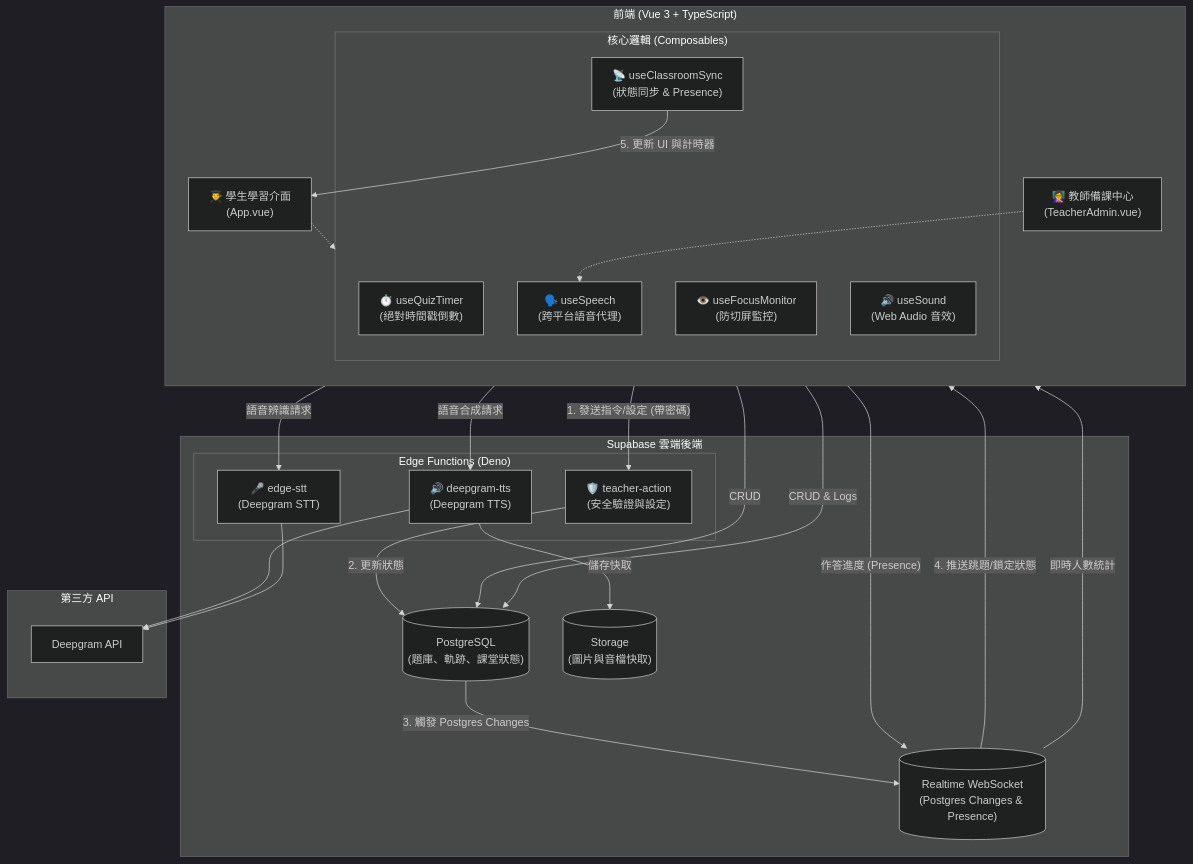
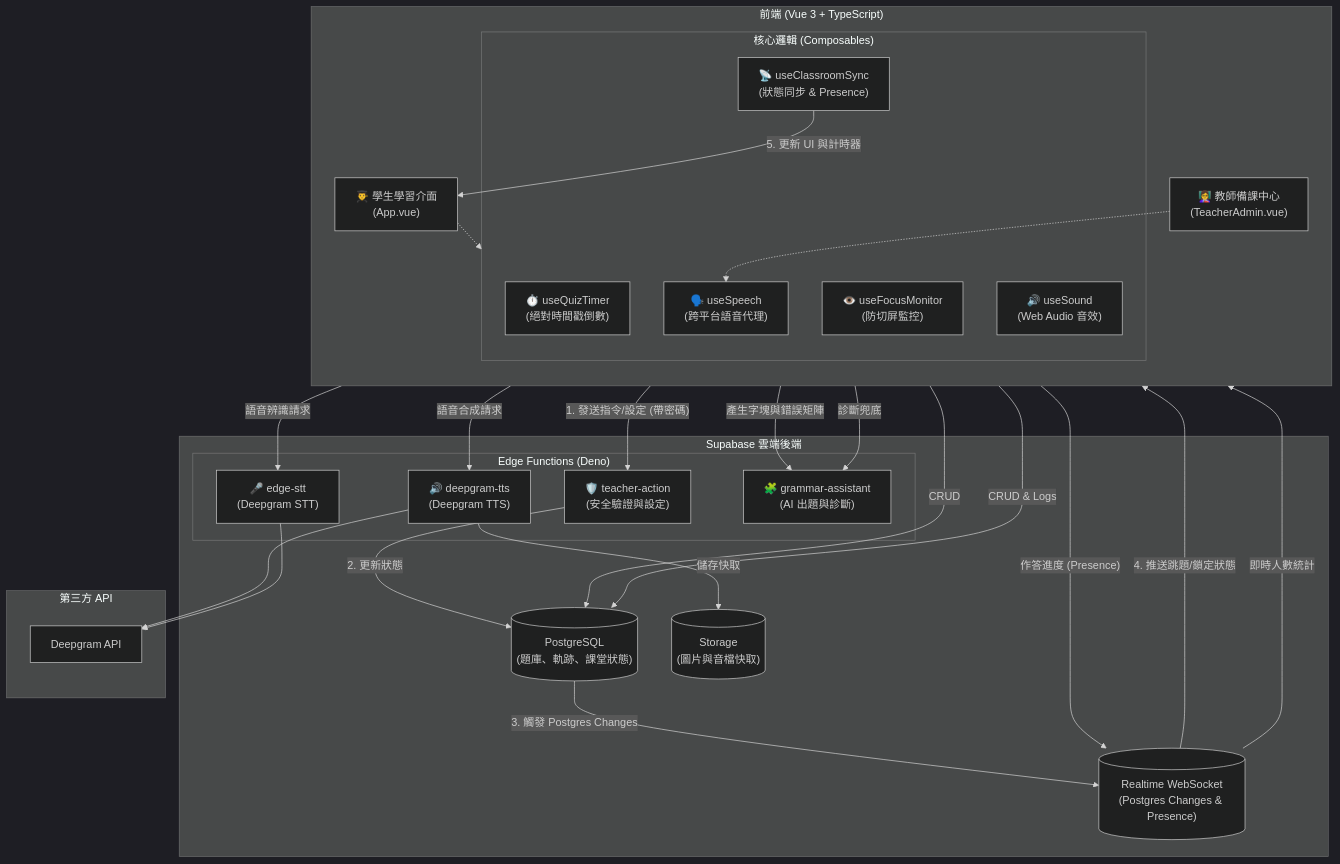
The second of 3 diagrams in README.zh-TW.md (ylin3-learner/SyntaxHunt), drawn with Mermaid (dark theme) before and after one commit. The commit also changed other lines of this file and 1 other file, not shown here.

Commit message:
docs: update grammar engine README descriptions

````diff
--- a/README.zh-TW.md
+++ b/README.zh-TW.md
@@ -72,57 +73,60 @@
 ```mermaid
 graph TD
     subgraph Client ["前端 (Vue 3 + TypeScript)"]
         direction TB
         AdminUI["👩‍🏫 教師備課中心<br>(TeacherAdmin.vue)"]
         StudentUI["👨‍🎓 學生學習介面<br>(App.vue)"]
         
         subgraph Composables ["核心邏輯 (Composables)"]
             Timer["⏱️ useQuizTimer<br>(絕對時間戳倒數)"]
             Focus["👁️ useFocusMonitor<br>(防切屏監控)"]
             Sound["🔊 useSound<br>(Web Audio 音效)"]
             Speech["🗣️ useSpeech<br>(跨平台語音代理)"]
             Sync["📡 useClassroomSync<br>(狀態同步 & Presence)"]
         end
     end
 
     subgraph Supabase ["Supabase 雲端後端"]
         DB[("PostgreSQL<br>(題庫、軌跡、課堂狀態)")]
         Realtime[("Realtime WebSocket<br>(Postgres Changes & Presence)")]
         Storage[("Storage<br>(圖片與音檔快取)")]
         
         subgraph EdgeFunctions ["Edge Functions (Deno)"]
             Action_Proxy["🛡️ teacher-action<br>(安全驗證與設定)"]
             TTS_Proxy["🔊 deepgram-tts<br>(Deepgram TTS)"]
             STT_Proxy["🎤 edge-stt<br>(Deepgram STT)"]
+            Grammar_Proxy["🧩 grammar-assistant<br>(AI 出題與診斷)"]
         end
     end
 
     subgraph ThirdParty ["第三方 API"]
         Deepgram["Deepgram API"]
     end
 
     %% 資料流
     AdminUI -- "1. 發送指令/設定 (帶密碼)" --> Action_Proxy
     Action_Proxy -- "2. 更新狀態" --> DB
     DB -- "3. 觸發 Postgres Changes" --> Realtime
     Realtime -- "4. 推送跳題/鎖定狀態" --> Sync
     Sync -- "5. 更新 UI 與計時器" --> StudentUI
     
     %% Presence 流
     StudentUI -- "作答進度 (Presence)" --> Realtime
     Realtime -- "即時人數統計" --> AdminUI
     
     AdminUI -- "CRUD" --> DB
     StudentUI -- "CRUD & Logs" --> DB
     
     StudentUI -- "語音合成請求" --> TTS_Proxy
     TTS_Proxy --> Deepgram
     TTS_Proxy -- "儲存快取" --> Storage
     
     StudentUI -- "語音辨識請求" --> STT_Proxy
     STT_Proxy --> Deepgram
+    AdminUI -- "產生字塊與錯誤矩陣" --> Grammar_Proxy
+    StudentUI -- "診斷兜底" --> Grammar_Proxy
 
     %% 邏輯依賴
     StudentUI -.-> Composables
     AdminUI -.-> Speech
 ```
````
